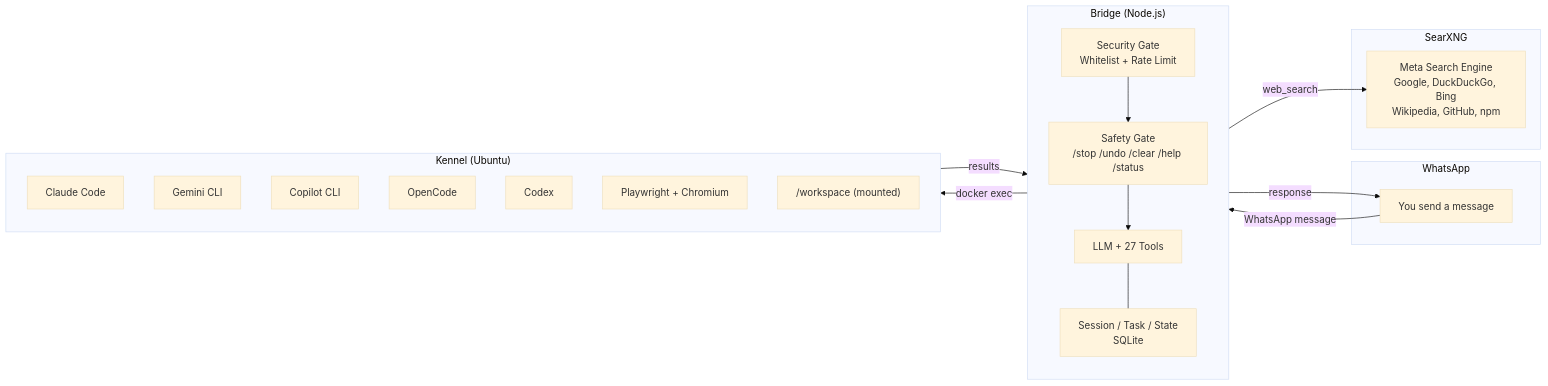
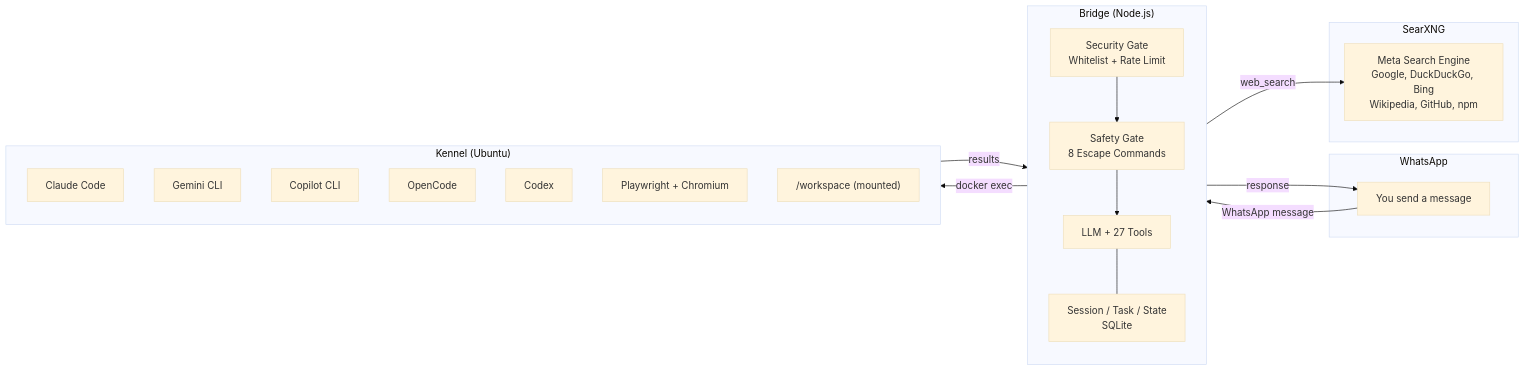
The diagram in README.md (Traves-Theberge/Fetch), drawn with Mermaid (base theme) before and after one commit. The commit also changed other lines of this file and 19 other files, not shown here.

````diff
--- a/README.md
+++ b/README.md
@@ -41,37 +41,37 @@
 ```mermaid
 flowchart LR
     subgraph WhatsApp
         User["You send a message"]
     end
 
     subgraph Bridge["Bridge (Node.js)"]
         direction TB
         Security["Security Gate\nWhitelist + Rate Limit"]
-        Safety["Safety Gate\n/stop /undo /clear /help /status"]
+        Safety["Safety Gate\n8 Escape Commands"]
         LLM["LLM + 27 Tools"]
         State["Session / Task / State\nSQLite"]
         Security --> Safety --> LLM
         LLM --- State
     end
 
     subgraph Kennel["Kennel (Ubuntu)"]
         direction TB
         Claude["Claude Code"]
         Gemini["Gemini CLI"]
         Copilot["Copilot CLI"]
         OpenCode["OpenCode"]
         Codex["Codex"]
         Playwright["Playwright + Chromium"]
         Workspace["/workspace (mounted)"]
     end
 
     subgraph Search["SearXNG"]
         SearX["Meta Search Engine\nGoogle, DuckDuckGo, Bing\nWikipedia, GitHub, npm"]
     end
 
     User -->|"WhatsApp message"| Security
     LLM -->|"docker exec"| Kennel
     LLM -->|"web_search"| SearX
     Kennel -->|"results"| LLM
     LLM -->|"response"| User
 ```
````
